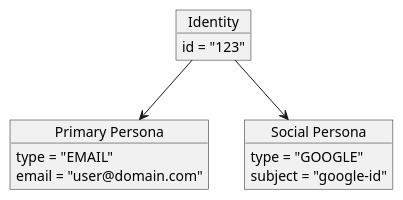
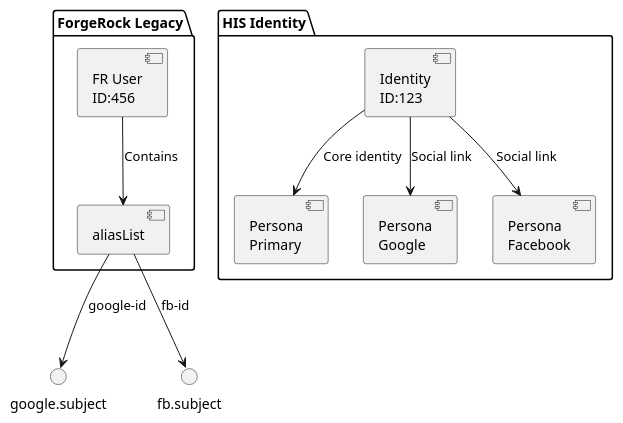
One commit to ahmedHanie93/Personal-projects changed the fifth of 6 diagrams in MorganStanely/test.md. Above: the diagram before and after it, drawn with PlantUML. The commit also changed other lines of this file and 1 other file, not shown here.

````diff
--- a/MorganStanely/test.md
+++ b/MorganStanely/test.md
@@ -160,23 +157,25 @@
 ```plantuml
 @startuml
 skinparam BackgroundColor #FFF
 skinparam DefaultFontColor #000
 
-object "Identity" as ident {
-  id = "123"
+package "HIS Identity" {
+    [Identity\nID:123] as ident
+    [Persona\nPrimary] as primary
+    [Persona\nGoogle] as google
+    [Persona\nFacebook] as fb
 }
 
-object "Primary Persona" as pp {
-  type = "EMAIL"
-  email = "user@domain.com"
+package "ForgeRock Legacy" {
+    [FR User\nID:456] as fr
+    [aliasList] as aliases
 }
 
-object "Social Persona" as sp {
-  type = "GOOGLE"
-  subject = "google-id"
-}
-
-ident --> pp
-ident --> sp
+fr --> aliases : Contains
+aliases --> google.subject : "google-id"
+aliases --> fb.subject : "fb-id"
+ident --> primary : Core identity
+ident --> google : Social link
+ident --> fb : Social link
 @enduml
 ```
````
